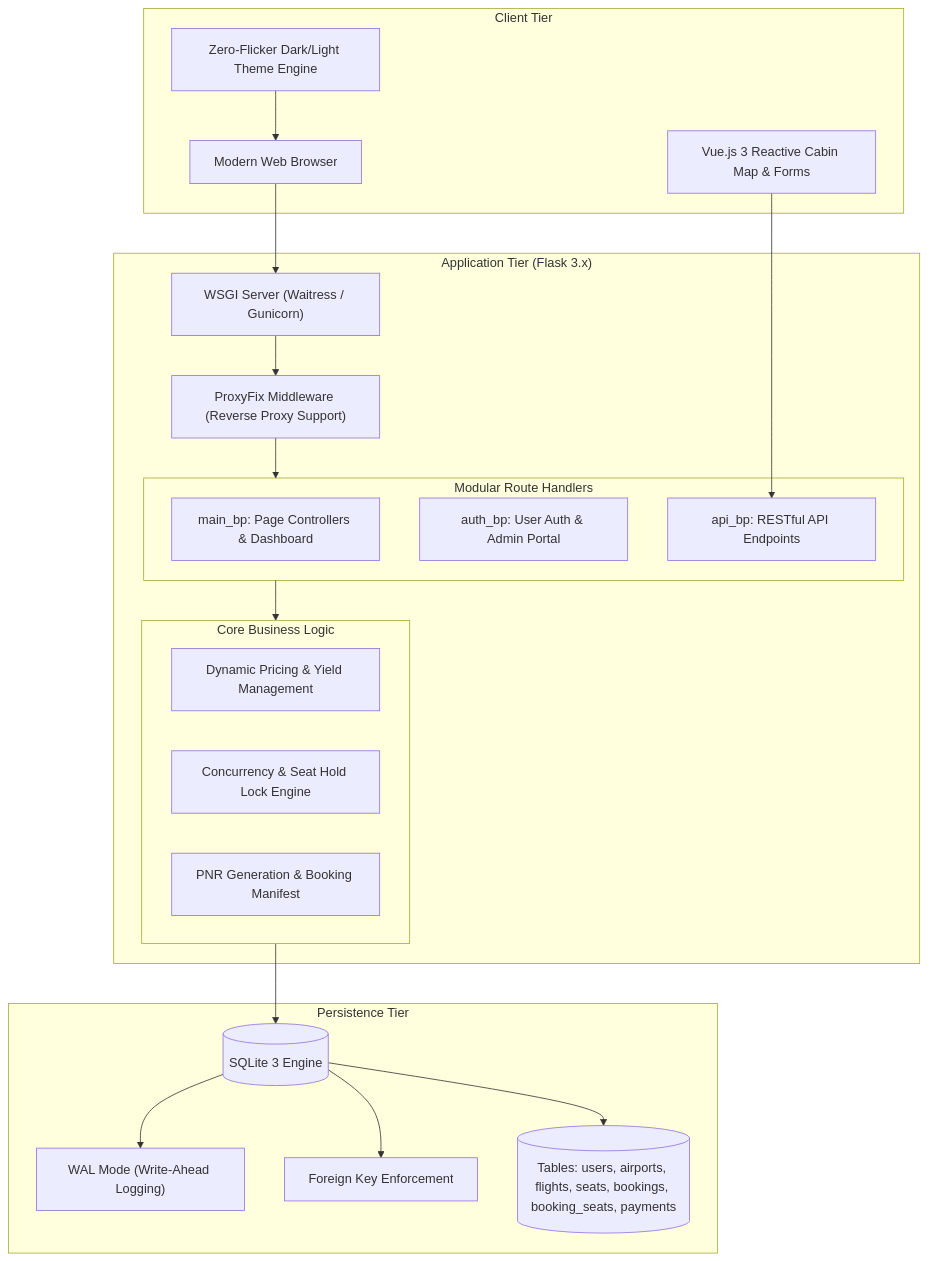
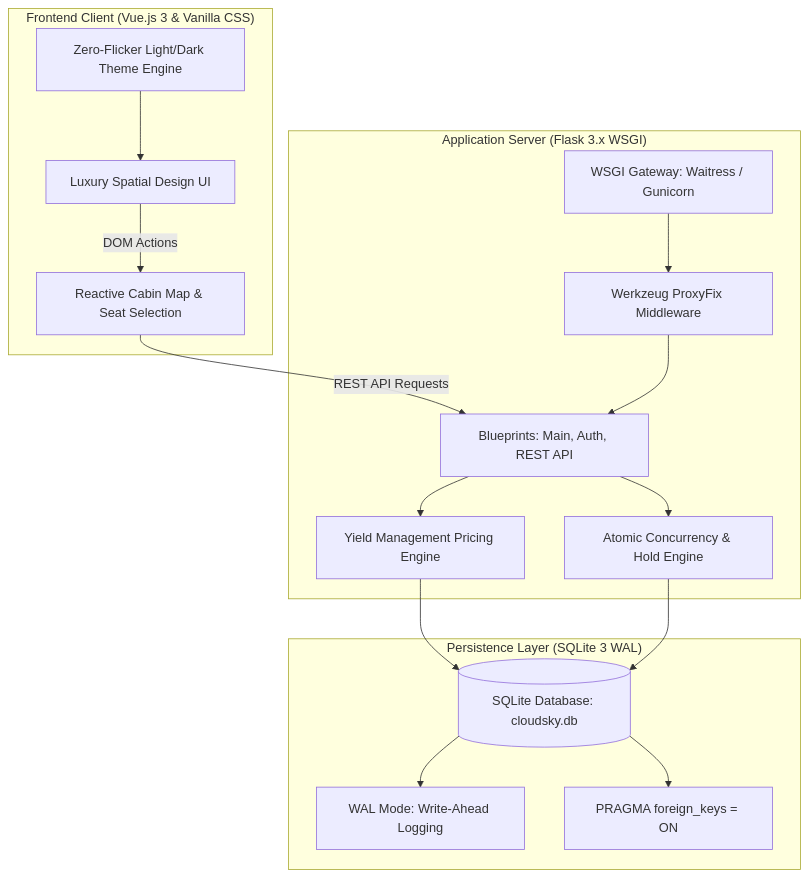
One commit to nithin16-cloud/csa changed the first of 2 diagrams in README.md. Above: the diagram before and after it, drawn with Mermaid. The commit also changed other lines of this file, not shown here.

````diff
--- a/README.md
+++ b/README.md
@@ -31,43 +107,34 @@
 ```mermaid
-flowchart TD
-    subgraph Client["Client Tier"]
-        Browser["Modern Web Browser"]
-        VueApp["Vue.js 3 Reactive Cabin Map & Forms"]
-        ThemeEngine["Zero-Flicker Dark/Light Theme Engine"]
+graph TD
+    subgraph Frontend["Frontend Client (Vue.js 3 & Vanilla CSS)"]
+        UI[Luxury Spatial Design UI]
+        VueApp[Reactive Cabin Map & Seat Selection]
+        ThemeEngine[Zero-Flicker Light/Dark Theme Engine]
     end
 
-    subgraph AppServer["Application Tier (Flask 3.x)"]
-        WSGI["WSGI Server (Waitress / Gunicorn)"]
-        ProxyFix["ProxyFix Middleware (Reverse Proxy Support)"]
-        
-        subgraph Blueprints["Modular Route Handlers"]
-            MainBP["main_bp: Page Controllers & Dashboard"]
-            AuthBP["auth_bp: User Auth & Admin Portal"]
-            ApiBP["api_bp: RESTful API Endpoints"]
-        end
-
-        subgraph CoreEngines["Core Business Logic"]
-            PricingEngine["Dynamic Pricing & Yield Management"]
-            LockEngine["Concurrency & Seat Hold Lock Engine"]
-            PNREngine["PNR Generation & Booking Manifest"]
-        end
+    subgraph Backend["Application Server (Flask 3.x WSGI)"]
+        WSGI[WSGI Gateway: Waitress / Gunicorn]
+        Proxy[Werkzeug ProxyFix Middleware]
+        Routers[Blueprints: Main, Auth, REST API]
+        Pricing[Yield Management Pricing Engine]
+        LockEngine[Atomic Concurrency & Hold Engine]
     end
 
-    subgraph DatabaseTier["Persistence Tier"]
-        SQLite[("SQLite 3 Engine")]
-        WAL["WAL Mode (Write-Ahead Logging)"]
-        FK["Foreign Key Enforcement"]
-        Schema[("Tables: users, airports, flights, seats, bookings, booking_seats, payments")]
+    subgraph Database["Persistence Layer (SQLite 3 WAL)"]
+        SQL[(SQLite Database: cloudsky.db)]
+        WAL[WAL Mode: Write-Ahead Logging]
+        FK[PRAGMA foreign_keys = ON]
     end
 
-    Browser --> WSGI
-    VueApp --> ApiBP
-    ThemeEngine --> Browser
-    WSGI --> ProxyFix
-    ProxyFix --> Blueprints
-    Blueprints --> CoreEngines
-    CoreEngines --> SQLite
-    SQLite --> WAL
-    SQLite --> FK
-    SQLite --> Schema
+    UI -->|DOM Actions| VueApp
+    VueApp -->|REST API Requests| Routers
+    ThemeEngine --> UI
+    WSGI --> Proxy
+    Proxy --> Routers
+    Routers --> Pricing
+    Routers --> LockEngine
+    Pricing --> SQL
+    LockEngine --> SQL
+    SQL --> WAL
+    SQL --> FK
 ```
````
